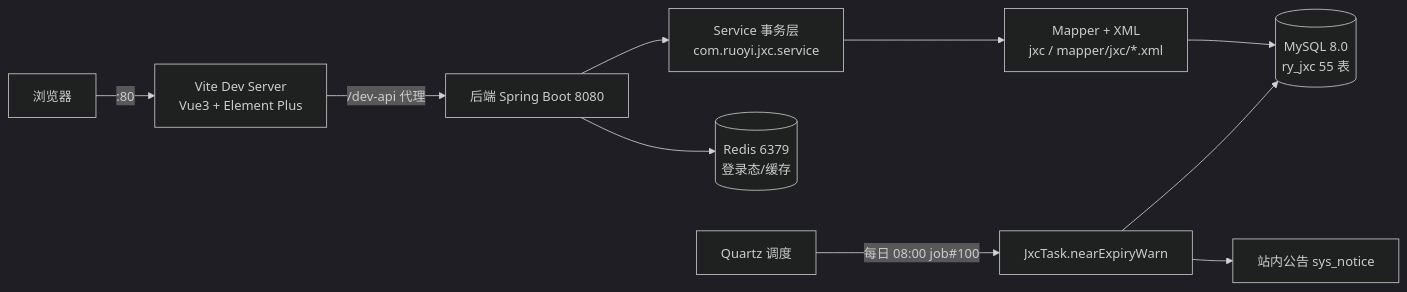
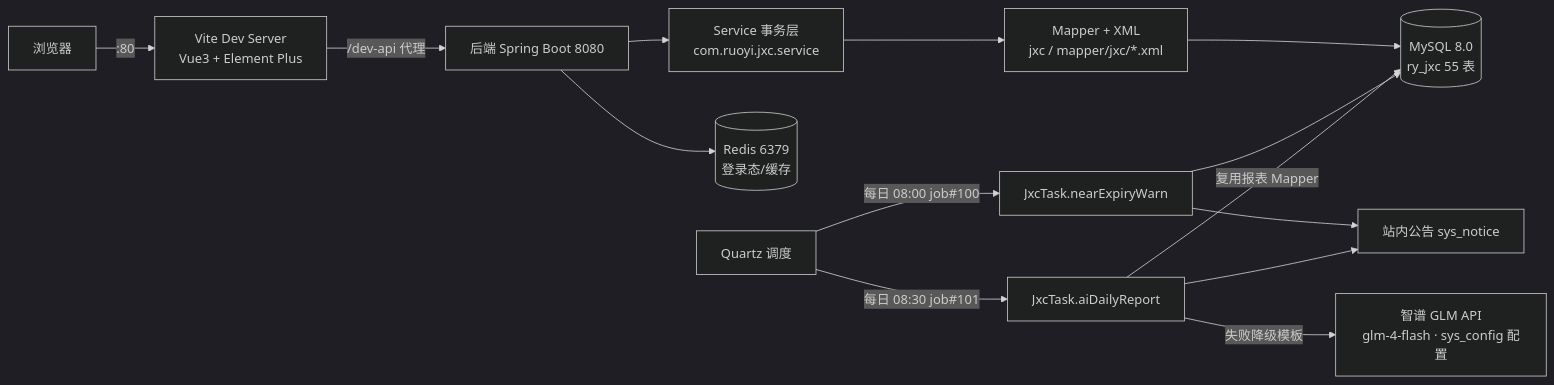
One commit to lhw5207/My_GP changed the diagram in docs/多Agent协同说明.md. Above: the diagram before and after it, drawn with Mermaid (dark theme). The commit also changed other lines of this file and 16 other files, not shown here.

````diff
--- a/docs/多Agent协同说明.md
+++ b/docs/多Agent协同说明.md
@@ -26,12 +26,16 @@
 ```mermaid
 flowchart LR
   U[浏览器] -->|:80| V[Vite Dev Server<br/>Vue3 + Element Plus]
   V -->|/dev-api 代理| B[后端 Spring Boot 8080]
   B --> S[Service 事务层<br/>com.ruoyi.jxc.service]
   S --> M[Mapper + XML<br/>jxc / mapper/jxc/*.xml]
   M --> DB[(MySQL 8.0<br/>ry_jxc 55 表)]
   B --> R[(Redis 6379<br/>登录态/缓存)]
   Q[Quartz 调度] -->|每日 08:00 job#100| T[JxcTask.nearExpiryWarn]
   T --> DB
   T --> N[站内公告 sys_notice]
+  Q -->|每日 08:30 job#101| A[JxcTask.aiDailyReport]
+  A -->|复用报表 Mapper| DB
+  A -->|失败降级模板| L[智谱 GLM API<br/>glm-4-flash · sys_config 配置]
+  A --> N
 ```
````
